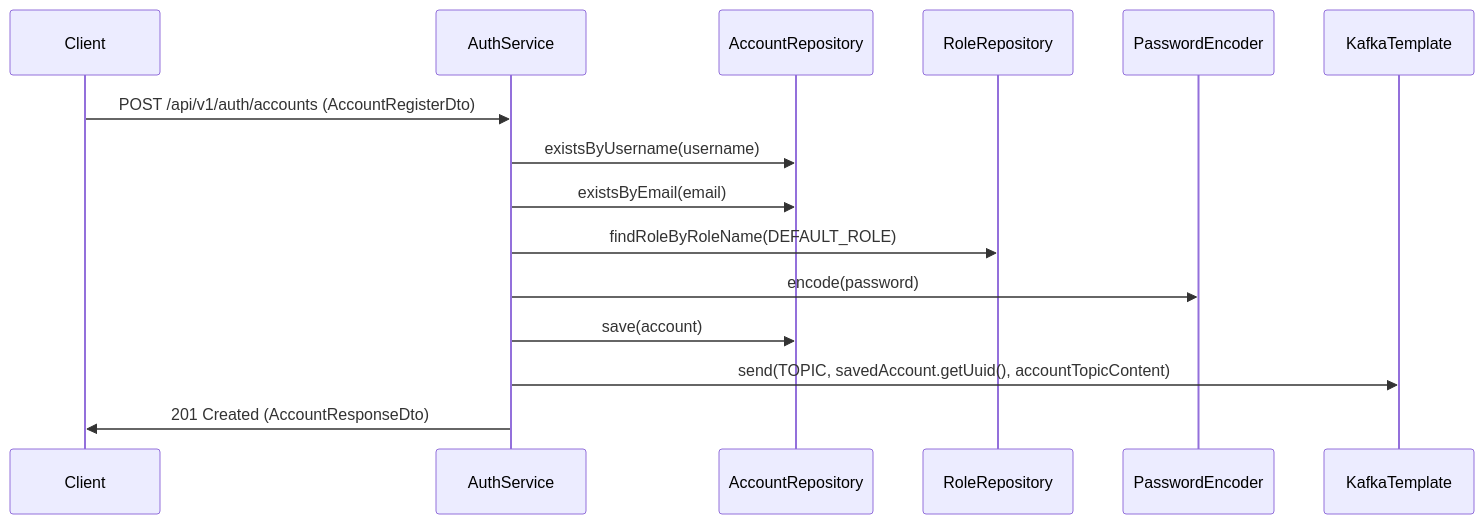
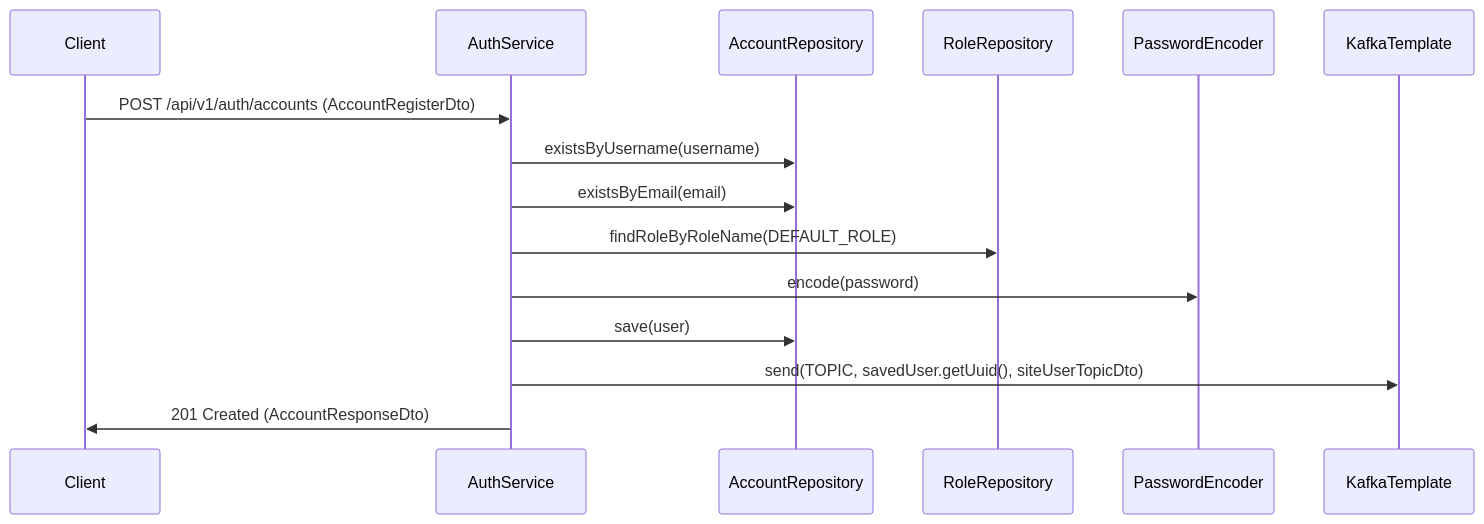
One commit to ngodat0103/yamp changed the second of 3 diagrams in auth-svc/README.md. Above: the diagram before and after it, drawn with Mermaid. The commit also changed other lines of this file and 57 other files, not shown here.

````diff
--- a/auth-svc/README.md
+++ b/auth-svc/README.md
@@ -111,11 +111,11 @@
 ```mermaid
 sequenceDiagram
     Client->>AuthService: POST /api/v1/auth/accounts (AccountRegisterDto)
     AuthService->>AccountRepository: existsByUsername(username)
     AuthService->>AccountRepository: existsByEmail(email)
     AuthService->>RoleRepository: findRoleByRoleName(DEFAULT_ROLE)
     AuthService->>PasswordEncoder: encode(password)
-    AuthService->>AccountRepository: save(account)
-    AuthService->>KafkaTemplate: send(TOPIC, savedAccount.getUuid(), accountTopicContent)
+    AuthService->>AccountRepository: save(user)
+    AuthService->>KafkaTemplate: send(TOPIC, savedUser.getUuid(), siteUserTopicDto)
     AuthService->>Client: 201 Created (AccountResponseDto)
 ```
````
